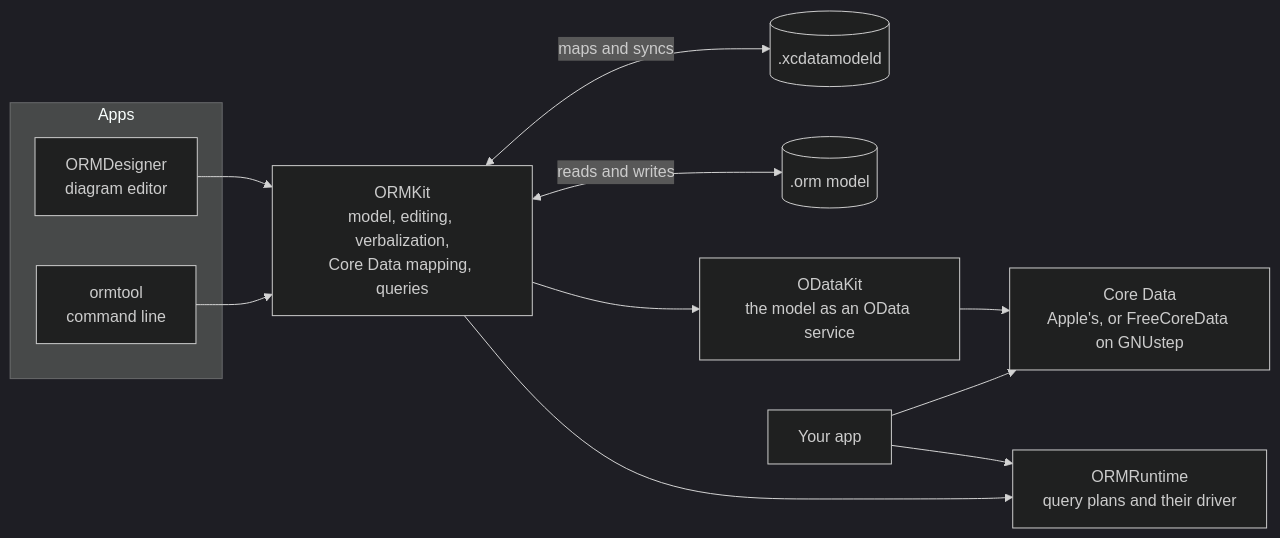
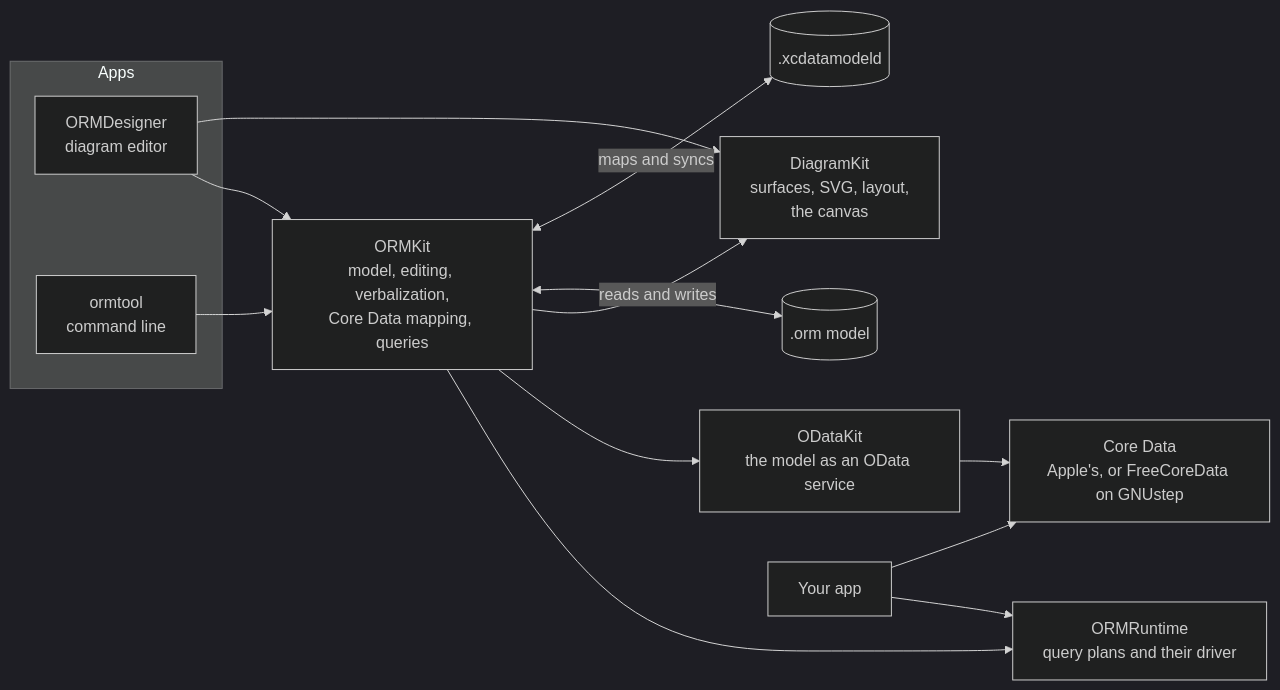
The diagram in README.md (ashalkhakov/ORMKit), drawn with Mermaid (dark theme) before and after one commit. The commit also changed other lines of this file and 26 other files, not shown here.

First line of the commit message:
Diagrams on DiagramKit (#9)

````diff
--- a/README.md
+++ b/README.md
@@ -47,22 +47,25 @@
 ```mermaid
 flowchart LR
     subgraph apps["Apps"]
         designer["ORMDesigner<br/>diagram editor"]
         tool["ormtool<br/>command line"]
     end
     kit["ORMKit<br/>model, editing, verbalization,<br/>Core Data mapping, queries"]
     runtime["ORMRuntime<br/>query plans and their driver"]
     odata["ODataKit<br/>the model as an OData service"]
+    diagramkit["DiagramKit<br/>surfaces, SVG, layout,<br/>the canvas"]
     coredata["Core Data<br/>Apple's, or FreeCoreData on GNUstep"]
     orm[(".orm model")]
     xcdm[(".xcdatamodeld")]
     designer --> kit
     tool --> kit
     kit --> runtime
     kit --> odata
+    kit --> diagramkit
+    designer --> diagramkit
     odata --> coredata
     kit <-->|reads and writes| orm
     kit <-->|maps and syncs| xcdm
     yourapp["Your app"] --> runtime
     yourapp --> coredata
 ```
````
